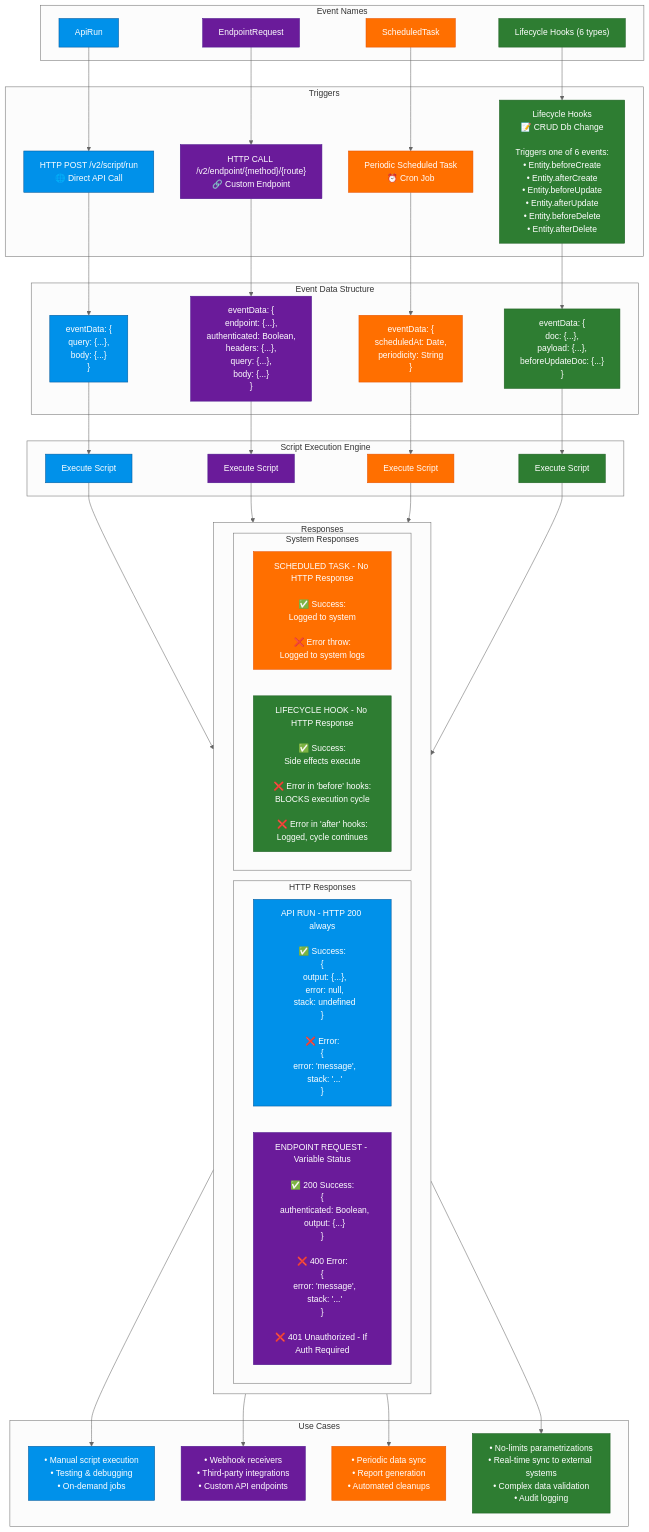
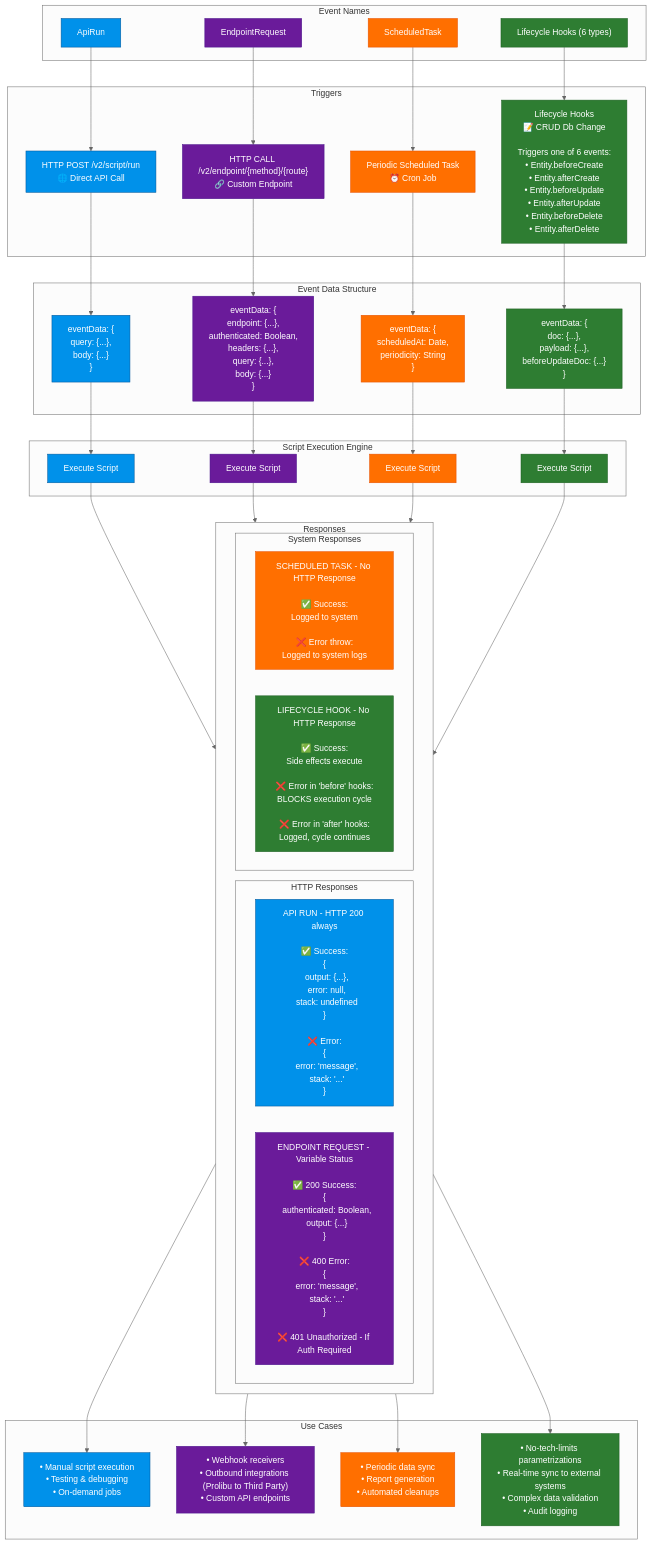
The first of 3 diagrams in docs/README.md (nodriza-io/script-builder), drawn with Mermaid (neutral theme) before and after one commit. The commit also changed 1 other file, not shown here.

Commit message:
feat(docs): update README with improved use case descriptions and clarify integration types

```diff
--- a/docs/README.md
+++ b/docs/README.md
@@ -61,9 +61,9 @@
 
     subgraph UseCases["Use Cases"]
         API_RUN_USE["• Manual script execution<br/>• Testing & debugging<br/>• On-demand jobs"]
-        ENDPOINT_REQUEST_USE["• Webhook receivers<br/>• Third-party integrations<br/>• Custom API endpoints"]
+        ENDPOINT_REQUEST_USE["• Webhook receivers<br/>• Outbound integrations (Prolibu to Third Party)<br/>• Custom API endpoints"]
         SCHEDULED_TASK_USE["• Periodic data sync<br/>• Report generation<br/>• Automated cleanups"]
-        LIFECYCLE_HOOK_USE["• No-limits parametrizations<br/>• Real-time sync to external systems<br/>• Complex data validation<br/>• Audit logging"]
+        LIFECYCLE_HOOK_USE["• No-tech-limits parametrizations<br/>• Real-time sync to external systems<br/>• Complex data validation<br/>• Audit logging"]
     end
 
     API_RUN_NAME --> API_RUN
```
